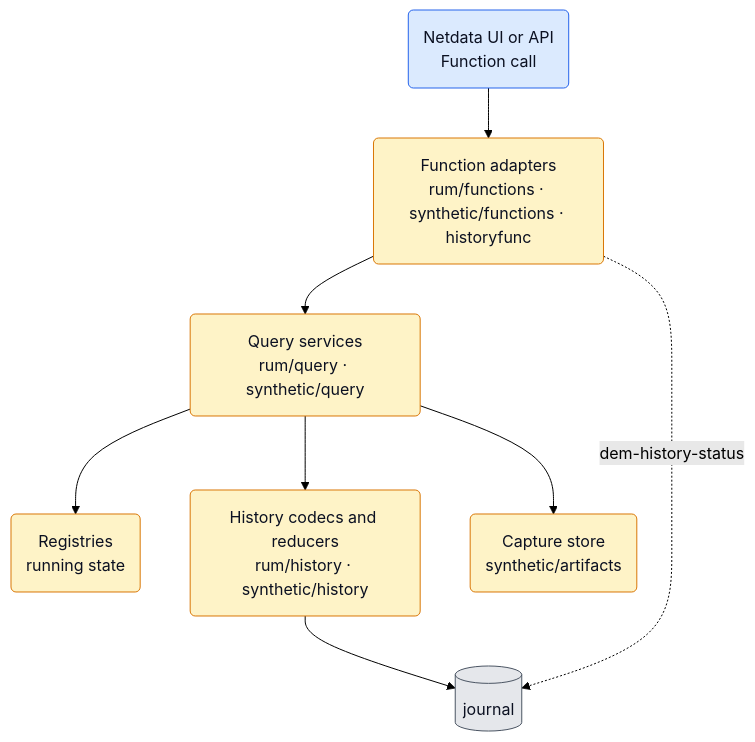
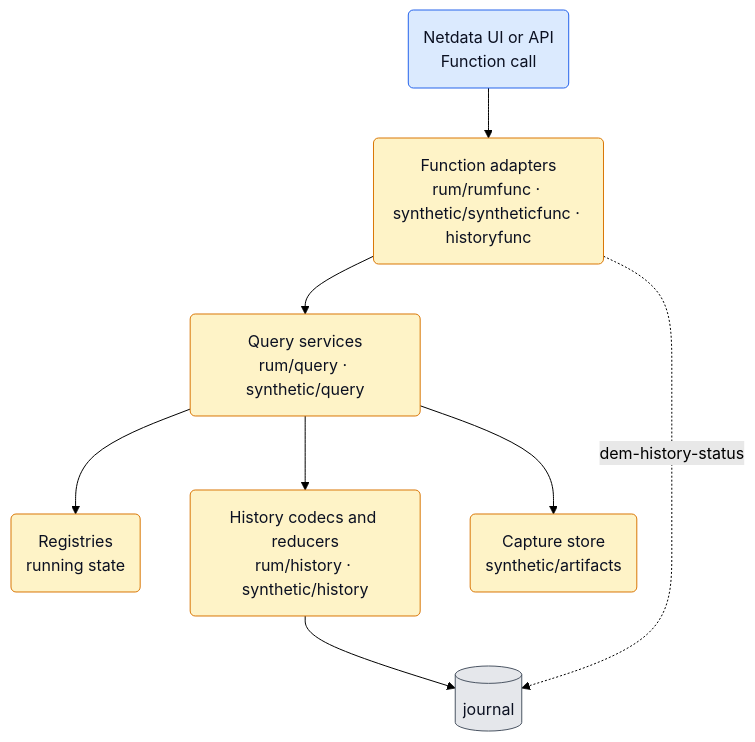
One commit to netdata/netdata changed the fourth of 7 diagrams in src/go/plugin/dem/ARCHITECTURE.md. Above: the diagram before and after it, drawn with Mermaid (forest theme). The commit also changed other lines of this file and 89 other files, not shown here.

````diff
--- a/src/go/plugin/dem/ARCHITECTURE.md
+++ b/src/go/plugin/dem/ARCHITECTURE.md
@@ -357,23 +357,23 @@
 ```mermaid
 flowchart TD
     UI("Netdata UI or API<br/>Function call")
-    Fn("Function adapters<br/>rum/functions · synthetic/functions · historyfunc")
+    Fn("Function adapters<br/>rum/rumfunc · synthetic/syntheticfunc · historyfunc")
     Q("Query services<br/>rum/query · synthetic/query")
     Reg("Registries<br/>running state")
     Hist("History codecs and reducers<br/>rum/history · synthetic/history")
     Art("Capture store<br/>synthetic/artifacts")
     J[("journal")]
 
     UI --> Fn --> Q
     Q --> Reg
     Q --> Hist --> J
     Q --> Art
     Fn -. "dem-history-status" .-> J
 
     classDef ext fill:#dbeafe,stroke:#2563eb,color:#0b1021;
     classDef svc fill:#fef3c7,stroke:#d97706,color:#0b1021;
     classDef store fill:#e5e7eb,stroke:#4b5563,color:#0b1021;
     class UI ext;
     class Fn,Q,Reg,Hist,Art svc;
     class J store;
 ```
````
